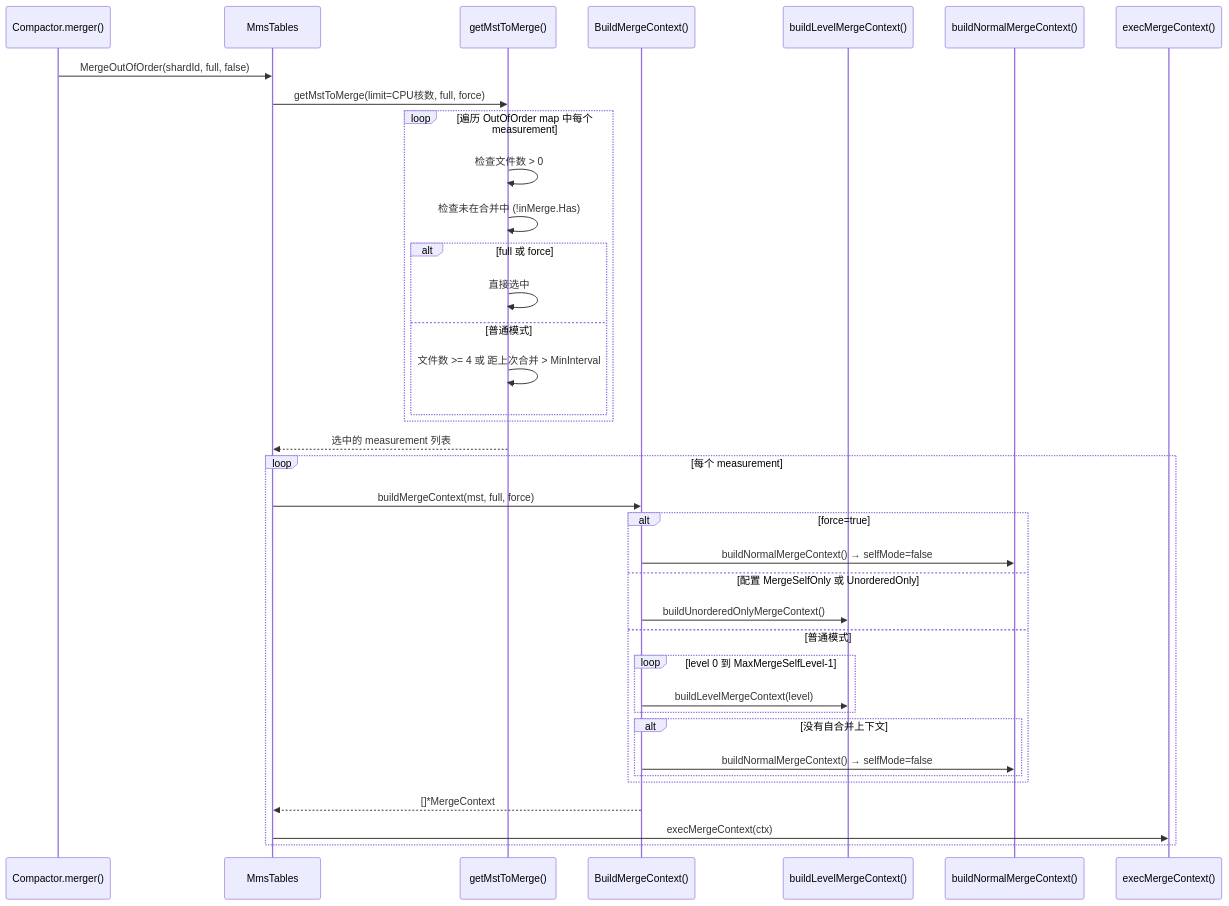
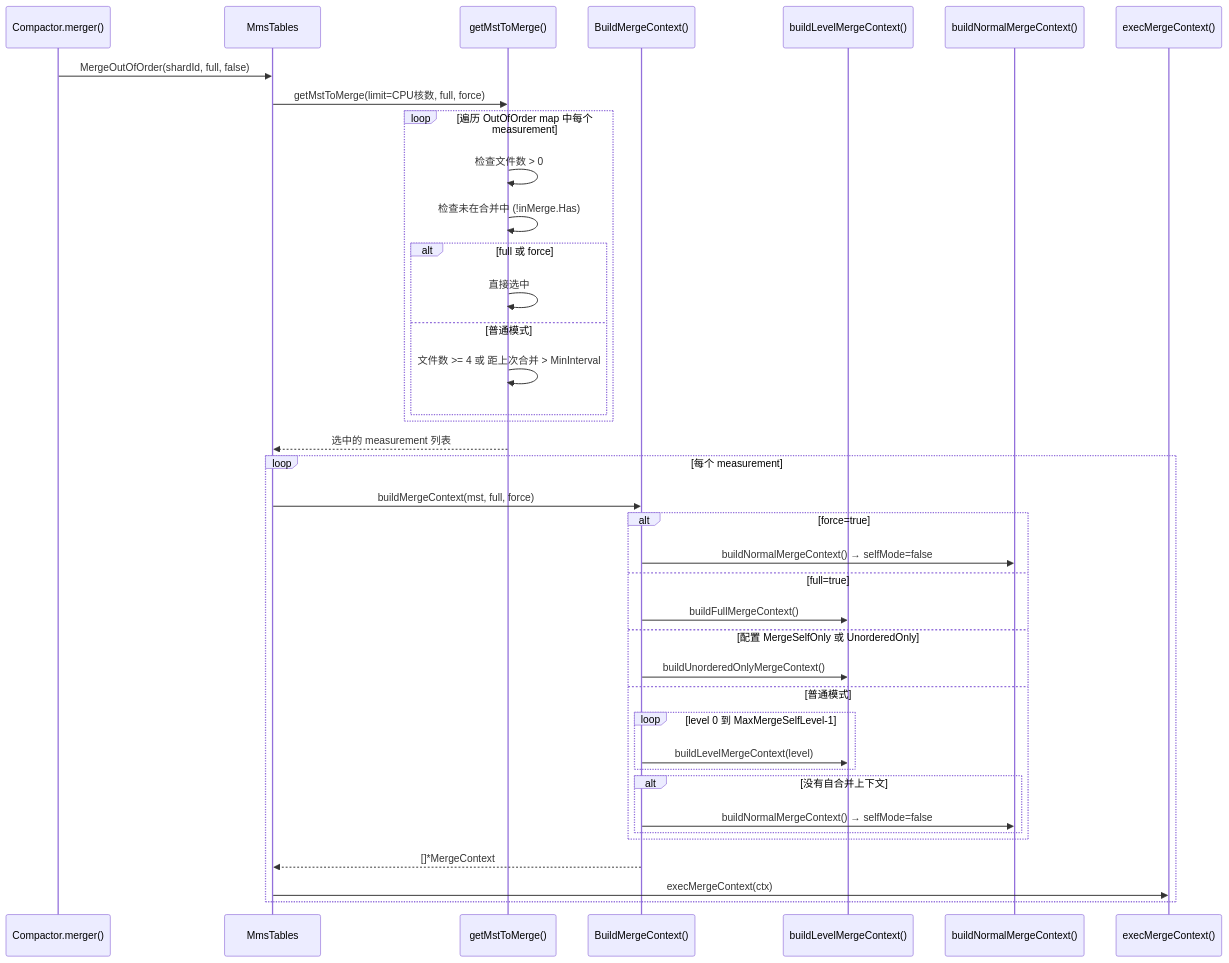
Diagram 30 of 33 in docs/specs/04_background_tasks_spec.md (stefanv5/openGemini), drawn with Mermaid before and after one commit. The commit also changed other lines of this file and 37 other files, not shown here.

````diff
--- a/docs/specs/04_background_tasks_spec.md
+++ b/docs/specs/04_background_tasks_spec.md
@@ -3255,42 +3411,44 @@
 ```mermaid
 sequenceDiagram
     participant C as Compactor.merger()
     participant M as MmsTables
     participant Sel as getMstToMerge()
     participant Build as BuildMergeContext()
     participant Lvl as buildLevelMergeContext()
     participant Norm as buildNormalMergeContext()
     participant Exec as execMergeContext()
 
     C->>M: MergeOutOfOrder(shardId, full, false)
     M->>Sel: getMstToMerge(limit=CPU核数, full, force)
 
     loop 遍历 OutOfOrder map 中每个 measurement
         Sel->>Sel: 检查文件数 > 0
         Sel->>Sel: 检查未在合并中 (!inMerge.Has)
         alt full 或 force
             Sel->>Sel: 直接选中
         else 普通模式
             Sel->>Sel: 文件数 >= 4 或 距上次合并 > MinInterval
         end
     end
     Sel-->>M: 选中的 measurement 列表
 
     loop 每个 measurement
         M->>Build: buildMergeContext(mst, full, force)
         alt force=true
             Build->>Norm: buildNormalMergeContext() → selfMode=false
+        else full=true
+            Build->>Lvl: buildFullMergeContext()
         else 配置 MergeSelfOnly 或 UnorderedOnly
             Build->>Lvl: buildUnorderedOnlyMergeContext()
         else 普通模式
             loop level 0 到 MaxMergeSelfLevel-1
                 Build->>Lvl: buildLevelMergeContext(level)
             end
             alt 没有自合并上下文
                 Build->>Norm: buildNormalMergeContext() → selfMode=false
             end
         end
         Build-->>M: []*MergeContext
         M->>Exec: execMergeContext(ctx)
     end
 ```
````
